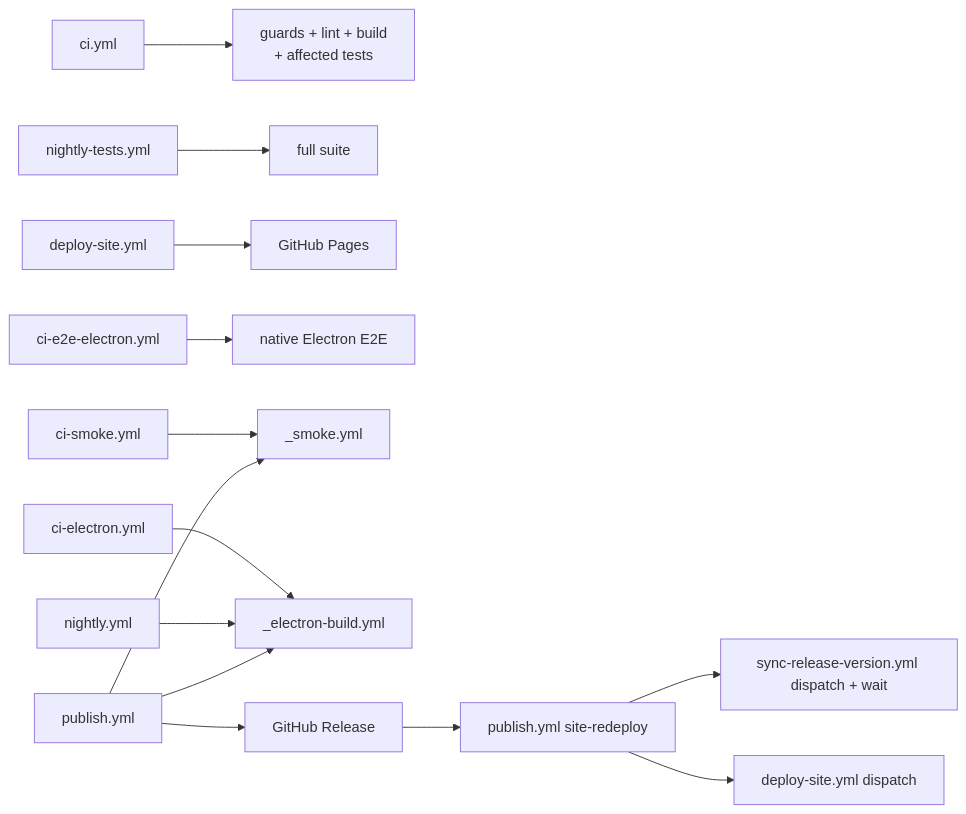
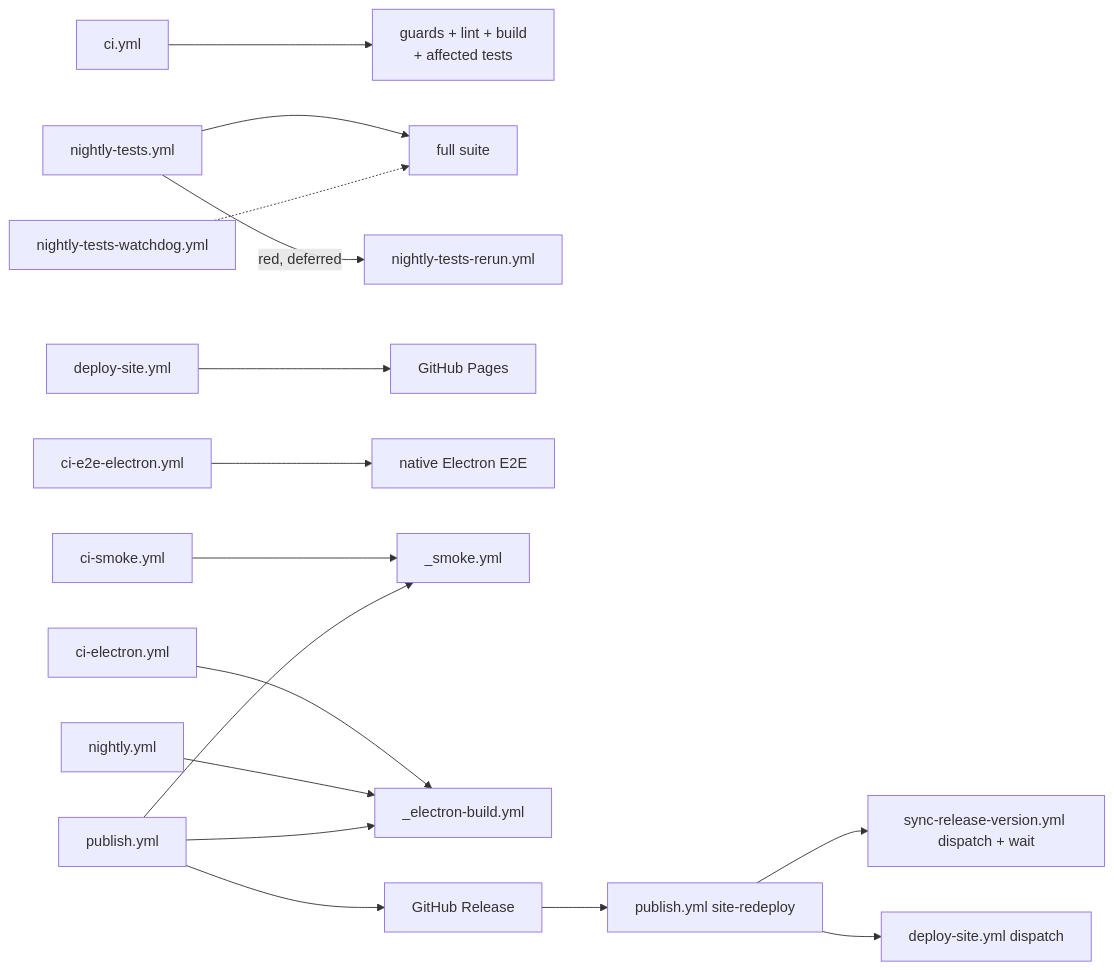
The diagram in .pi/skills/ci-troubleshoot/references/workflow-taxonomy.md (BlackBeltTechnology/pi-agent-dashboard), drawn with Mermaid before and after one commit. The commit also changed other lines of this file and 97 other files, not shown here.

Commit message:
feat(stabilize-blocking-test-lanes): budget lane, warn-only guard, nightly budget job, rerun-once + watchdog, CodeQL resolve timeout

````diff
--- a/.pi/skills/ci-troubleshoot/references/workflow-taxonomy.md
+++ b/.pi/skills/ci-troubleshoot/references/workflow-taxonomy.md
@@ -28,16 +30,18 @@
 ```mermaid
 flowchart LR
   ci[ci.yml] --> checks[guards + lint + build<br/>+ affected tests]
   nightlyTests[nightly-tests.yml] --> full[full suite]
+  nightlyTests -->|red, deferred| rerun[nightly-tests-rerun.yml]
+  watchdog[nightly-tests-watchdog.yml] -.-> full
   deploy[deploy-site.yml] --> pages[GitHub Pages]
   native[ci-e2e-electron.yml] --> nativeTests[native Electron E2E]
   ciSmoke[ci-smoke.yml] --> smoke[_smoke.yml]
   publish[publish.yml] --> smoke
   ciElectron[ci-electron.yml] --> electron[_electron-build.yml]
   nightly[nightly.yml] --> electron
   publish --> electron
   publish --> release[GitHub Release]
   release --> siteredeploy[publish.yml site-redeploy]
   siteredeploy --> sync[sync-release-version.yml dispatch + wait]
   siteredeploy --> deploydispatch[deploy-site.yml dispatch]
 ```
````
